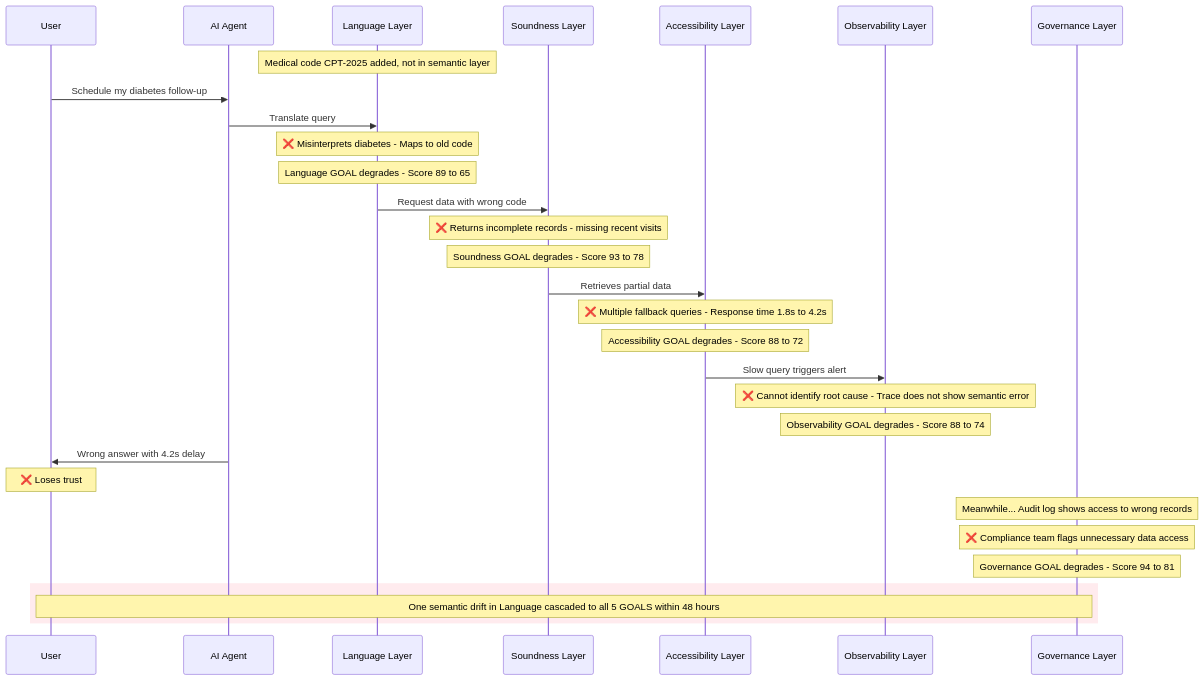
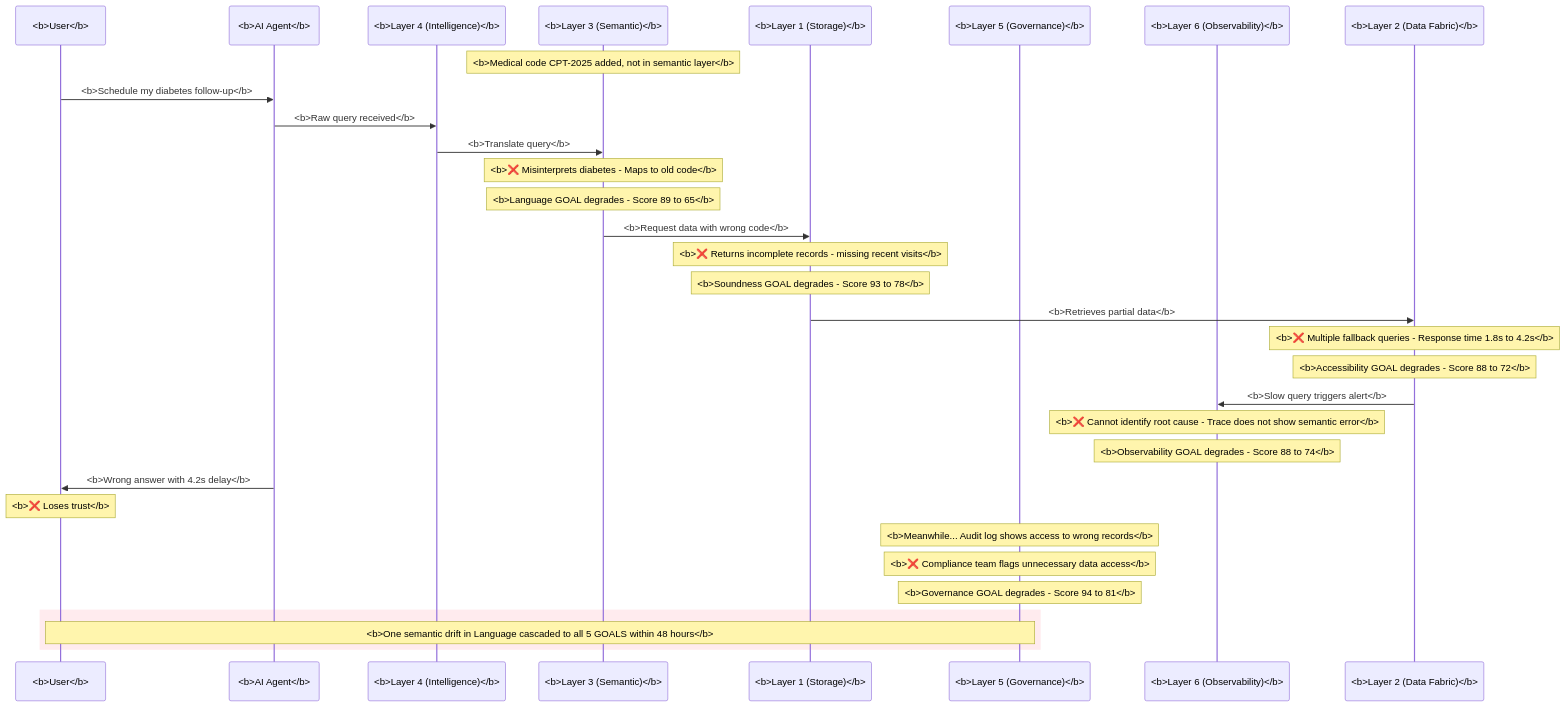
The tenth of 11 diagrams in chapter-02/chapter_2_complete.md (colaberry/enterprise-data-readiness-ai-agents), drawn with Mermaid before and after one commit. The commit also changed other lines of this file and 1 other file, not shown here.

````diff
--- a/chapter-02/chapter_2_complete.md
+++ b/chapter-02/chapter_2_complete.md
@@ -1592,40 +1548,42 @@
 ```mermaid
 sequenceDiagram
-    participant U as User
-    participant Agent as AI Agent
-    participant L as Language Layer
-    participant S as Soundness Layer
-    participant A as Accessibility Layer
-    participant O as Observability Layer
-    participant G as Governance Layer
+    participant U as <b>User</b>
+    participant Agent as <b>AI Agent</b>
+    participant L4 as <b>Layer 4 (Intelligence)</b>
+    participant L3 as <b>Layer 3 (Semantic)</b>
+    participant L1 as <b>Layer 1 (Storage)</b>
+    participant L5 as <b>Layer 5 (Governance)</b>
+    participant L6 as <b>Layer 6 (Observability)</b>
+    participant L2 as <b>Layer 2 (Data Fabric)</b>
     
-    Note over L: Medical code CPT-2025 added, not in semantic layer
+    Note over L3: <b>Medical code CPT-2025 added, not in semantic layer</b>
     
-    U->>Agent: Schedule my diabetes follow-up
-    Agent->>L: Translate query
-    Note over L: ❌ Misinterprets diabetes - Maps to old code
-    Note over L: Language GOAL degrades - Score 89 to 65
+    U->>Agent: <b>Schedule my diabetes follow-up</b>
+    Agent->>L4: <b>Raw query received</b>
+    L4->>L3: <b>Translate query</b>
+    Note over L3: <b>❌ Misinterprets diabetes - Maps to old code</b>
+    Note over L3: <b>Language GOAL degrades - Score 89 to 65</b>
     
-    L->>S: Request data with wrong code
-    Note over S: ❌ Returns incomplete records - missing recent visits
-    Note over S: Soundness GOAL degrades - Score 93 to 78
+    L3->>L1: <b>Request data with wrong code</b>
+    Note over L1: <b>❌ Returns incomplete records - missing recent visits</b>
+    Note over L1: <b>Soundness GOAL degrades - Score 93 to 78</b>
     
-    S->>A: Retrieves partial data
-    Note over A: ❌ Multiple fallback queries - Response time 1.8s to 4.2s
-    Note over A: Accessibility GOAL degrades - Score 88 to 72
+    L1->>L2: <b>Retrieves partial data</b>
+    Note over L2: <b>❌ Multiple fallback queries - Response time 1.8s to 4.2s</b>
+    Note over L2: <b>Accessibility GOAL degrades - Score 88 to 72</b>
     
-    A->>O: Slow query triggers alert
-    Note over O: ❌ Cannot identify root cause - Trace does not show semantic error
-    Note over O: Observability GOAL degrades - Score 88 to 74
+    L2->>L6: <b>Slow query triggers alert</b>
+    Note over L6: <b>❌ Cannot identify root cause - Trace does not show semantic error</b>
+    Note over L6: <b>Observability GOAL degrades - Score 88 to 74</b>
     
-    Agent->>U: Wrong answer with 4.2s delay
-    Note over U: ❌ Loses trust
+    Agent->>U: <b>Wrong answer with 4.2s delay</b>
+    Note over U: <b>❌ Loses trust</b>
     
-    Note over G: Meanwhile... Audit log shows access to wrong records
-    Note over G: ❌ Compliance team flags unnecessary data access
-    Note over G: Governance GOAL degrades - Score 94 to 81
+    Note over L5: <b>Meanwhile... Audit log shows access to wrong records</b>
+    Note over L5: <b>❌ Compliance team flags unnecessary data access</b>
+    Note over L5: <b>Governance GOAL degrades - Score 94 to 81</b>
     
     rect rgb(255, 235, 238)
-        Note over U,G: One semantic drift in Language cascaded to all 5 GOALS within 48 hours
+        Note over U,L5: <b>One semantic drift in Language cascaded to all 5 GOALS within 48 hours</b>
     end
 ```
````
